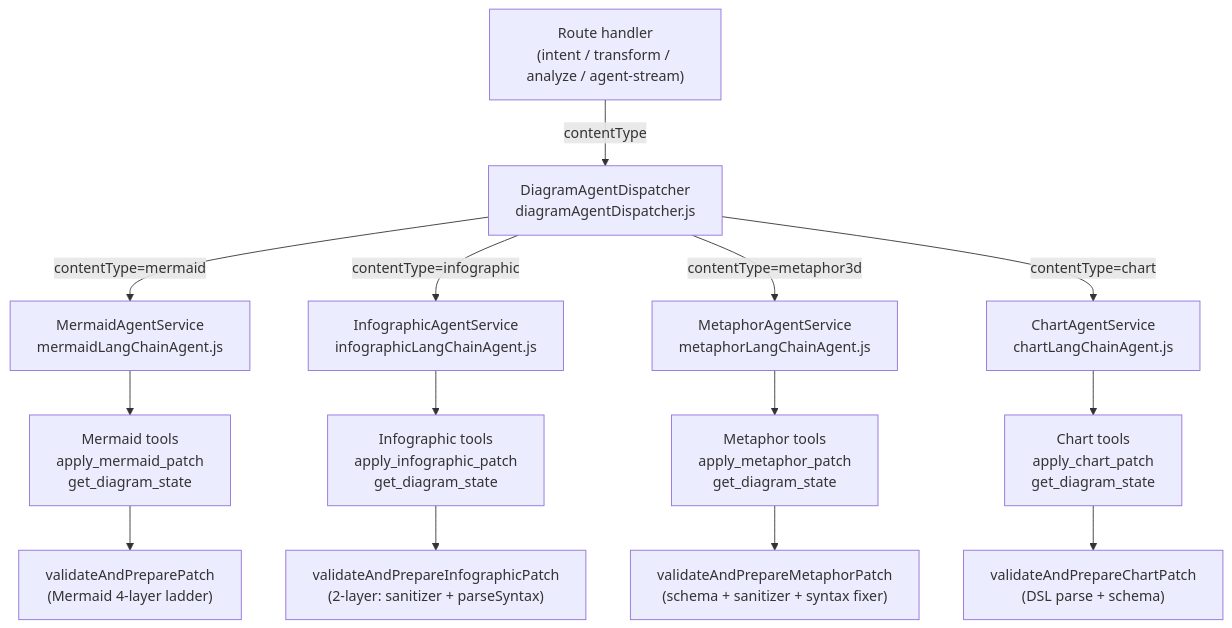
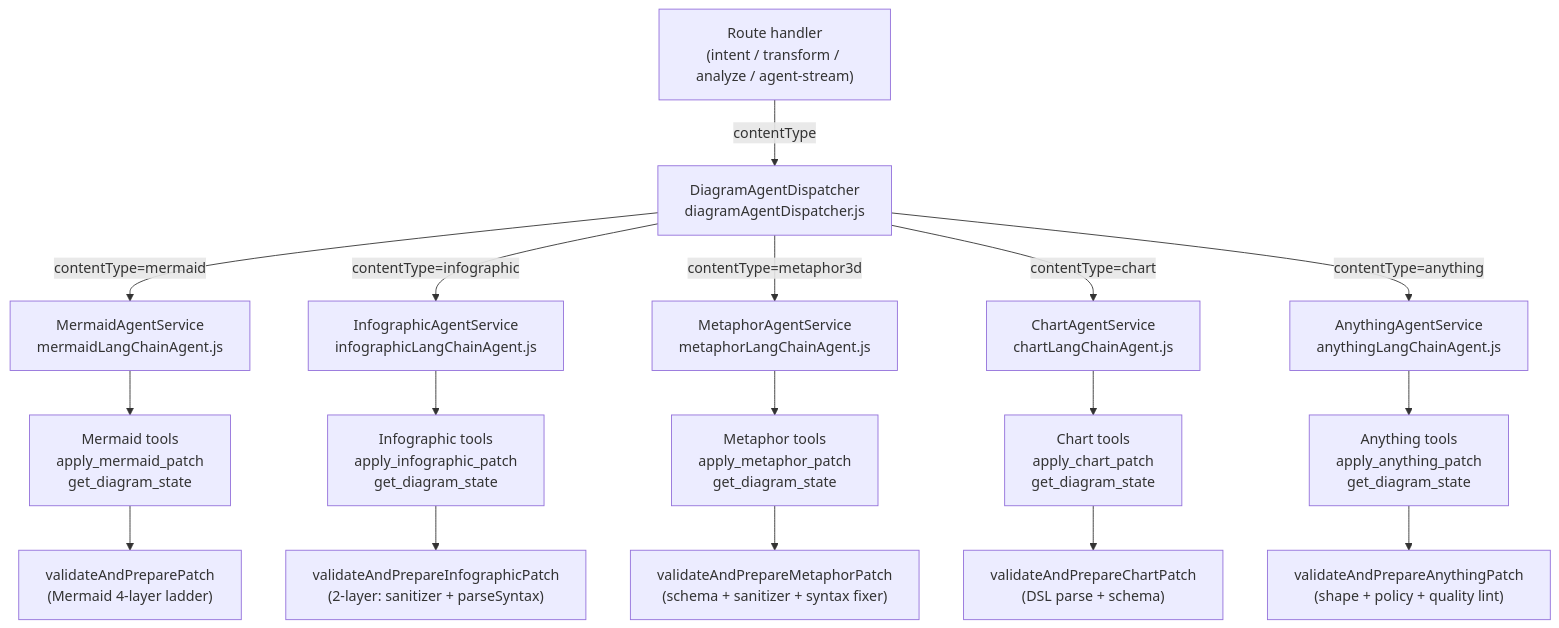
The first of 2 diagrams in docs/guide/agents.md (acuhlmann/mermaid-gen), drawn with Mermaid before and after one commit. The commit also changed other lines of this file and 20 other files, not shown here.

````diff
--- a/docs/guide/agents.md
+++ b/docs/guide/agents.md
@@ -7,16 +7,19 @@
 ```mermaid
 flowchart TB
   Route["Route handler\n(intent / transform / analyze / agent-stream)"] -->|"contentType"| D["DiagramAgentDispatcher\ndiagramAgentDispatcher.js"]
   D -->|"contentType=mermaid"| MAS["MermaidAgentService\nmermaidLangChainAgent.js"]
   D -->|"contentType=infographic"| IAS["InfographicAgentService\ninfographicLangChainAgent.js"]
   D -->|"contentType=metaphor3d"| MES["MetaphorAgentService\nmetaphorLangChainAgent.js"]
   D -->|"contentType=chart"| CAS["ChartAgentService\nchartLangChainAgent.js"]
+  D -->|"contentType=anything"| AAS["AnythingAgentService\nanythingLangChainAgent.js"]
   MAS --> MT["Mermaid tools\napply_mermaid_patch\nget_diagram_state"]
   IAS --> IT["Infographic tools\napply_infographic_patch\nget_diagram_state"]
   MES --> MET["Metaphor tools\napply_metaphor_patch\nget_diagram_state"]
   CAS --> CT["Chart tools\napply_chart_patch\nget_diagram_state"]
+  AAS --> AT["Anything tools\napply_anything_patch\nget_diagram_state"]
   MT --> MV["validateAndPreparePatch\n(Mermaid 4-layer ladder)"]
   IT --> IV["validateAndPrepareInfographicPatch\n(2-layer: sanitizer + parseSyntax)"]
   MET --> MEV["validateAndPrepareMetaphorPatch\n(schema + sanitizer + syntax fixer)"]
   CT --> CV["validateAndPrepareChartPatch\n(DSL parse + schema)"]
+  AT --> AV["validateAndPrepareAnythingPatch\n(shape + policy + quality lint)"]
 ```
````
